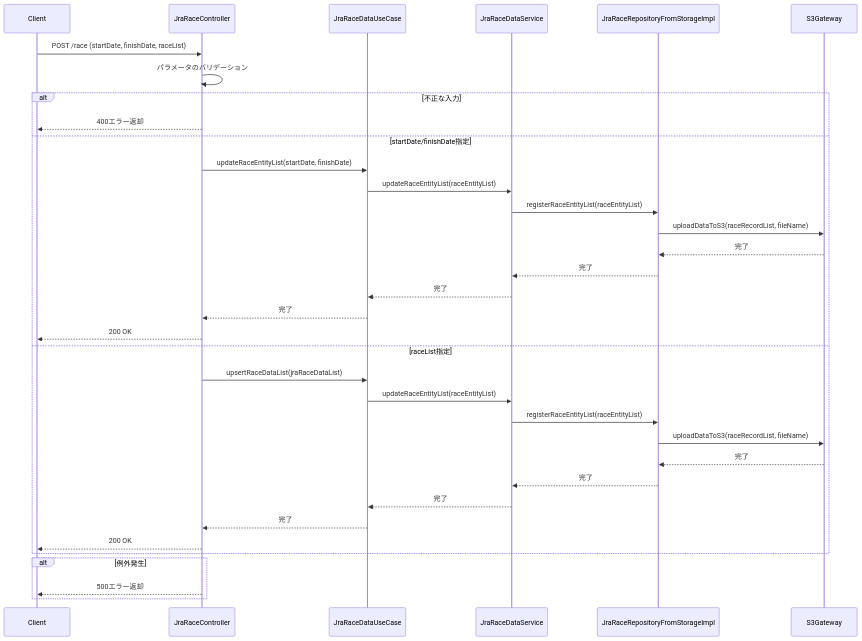
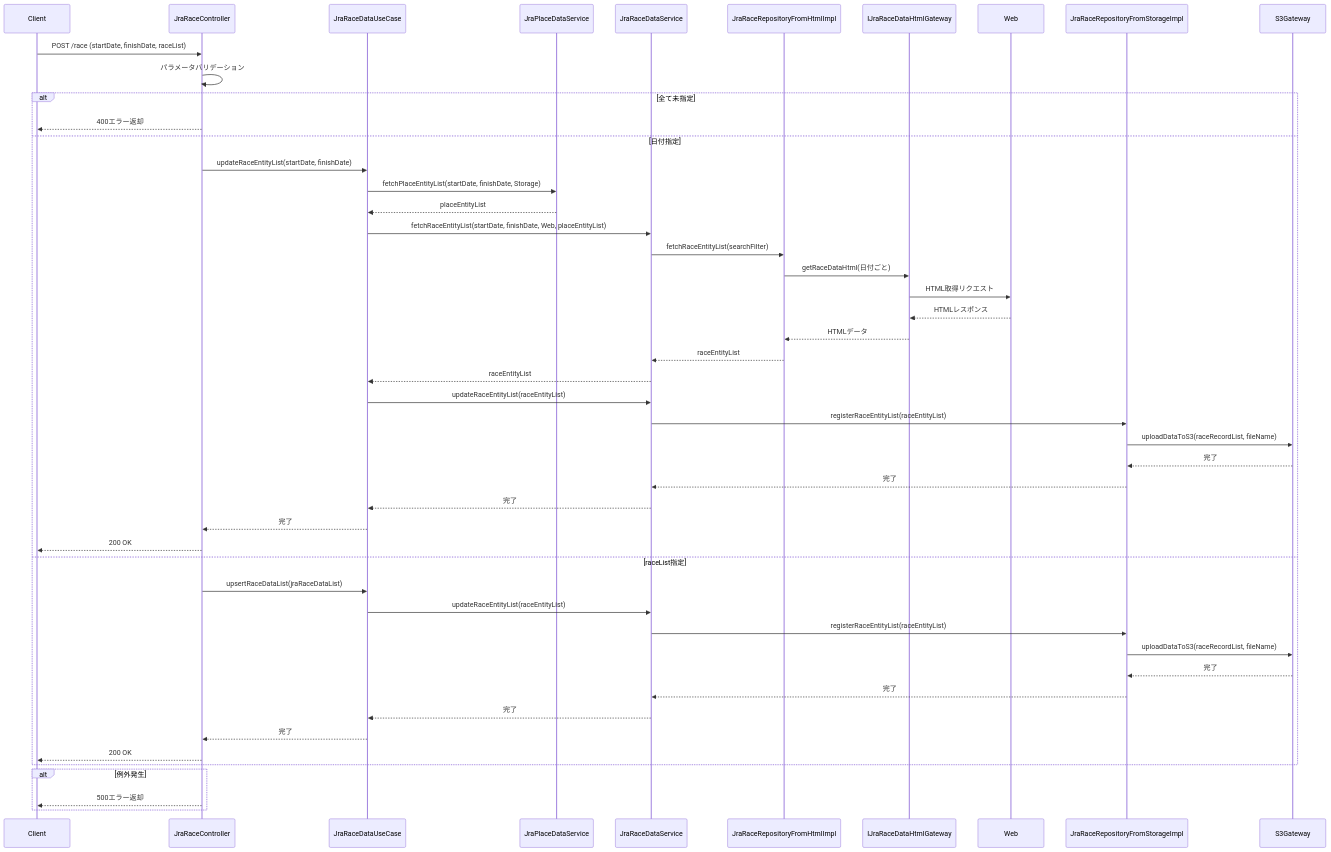
The diagram in document/detail-design/sequence/jra/updateRaceDataList.md (taichi6930/race-schedule-api), drawn with Mermaid before and after one commit. The commit also changed 2 other files, not shown here.

Commit message:
fix: updatePlaceDataListシーケンス図をデータ取得フローに関する詳細を追加 fix: updateRaceDataListシーケンス図にプレースデータ取得の流れを追加 fix: updateRacesToCalendarシーケンス図にレースデータ取得の詳細を追加

````diff
--- a/document/detail-design/sequence/jra/updateRaceDataList.md
+++ b/document/detail-design/sequence/jra/updateRaceDataList.md
@@ -3,38 +3,52 @@
 ```mermaid
 sequenceDiagram
     participant Client
     participant JraRaceController
     participant JraRaceDataUseCase
+    participant JraPlaceDataService
     participant JraRaceDataService
+    participant JraRaceRepositoryFromHtmlImpl
+    participant IJraRaceDataHtmlGateway
+    participant Web
     participant JraRaceRepositoryFromStorageImpl
     participant S3Gateway
 
     Client->>JraRaceController: POST /race (startDate, finishDate, raceList)
-    JraRaceController->>JraRaceController: パラメータのバリデーション
-    alt 不正な入力
+    JraRaceController->>JraRaceController: パラメータバリデーション
+    alt 全て未指定
         JraRaceController-->>Client: 400エラー返却
-    else startDate/finishDate指定
+    else 日付指定
         JraRaceController->>JraRaceDataUseCase: updateRaceEntityList(startDate, finishDate)
+        JraRaceDataUseCase->>JraPlaceDataService: fetchPlaceEntityList(startDate, finishDate, Storage)
+        JraPlaceDataService-->>JraRaceDataUseCase: placeEntityList
+        JraRaceDataUseCase->>JraRaceDataService: fetchRaceEntityList(startDate, finishDate, Web, placeEntityList)
+        JraRaceDataService->>JraRaceRepositoryFromHtmlImpl: fetchRaceEntityList(searchFilter)
+        JraRaceRepositoryFromHtmlImpl->>IJraRaceDataHtmlGateway: getRaceDataHtml(日付ごと)
+        IJraRaceDataHtmlGateway->>Web: HTML取得リクエスト
+        Web-->>IJraRaceDataHtmlGateway: HTMLレスポンス
+        IJraRaceDataHtmlGateway-->>JraRaceRepositoryFromHtmlImpl: HTMLデータ
+        JraRaceRepositoryFromHtmlImpl-->>JraRaceDataService: raceEntityList
+        JraRaceDataService-->>JraRaceDataUseCase: raceEntityList
         JraRaceDataUseCase->>JraRaceDataService: updateRaceEntityList(raceEntityList)
         JraRaceDataService->>JraRaceRepositoryFromStorageImpl: registerRaceEntityList(raceEntityList)
         JraRaceRepositoryFromStorageImpl->>S3Gateway: uploadDataToS3(raceRecordList, fileName)
         S3Gateway-->>JraRaceRepositoryFromStorageImpl: 完了
         JraRaceRepositoryFromStorageImpl-->>JraRaceDataService: 完了
         JraRaceDataService-->>JraRaceDataUseCase: 完了
         JraRaceDataUseCase-->>JraRaceController: 完了
         JraRaceController-->>Client: 200 OK
     else raceList指定
         JraRaceController->>JraRaceDataUseCase: upsertRaceDataList(jraRaceDataList)
         JraRaceDataUseCase->>JraRaceDataService: updateRaceEntityList(raceEntityList)
         JraRaceDataService->>JraRaceRepositoryFromStorageImpl: registerRaceEntityList(raceEntityList)
         JraRaceRepositoryFromStorageImpl->>S3Gateway: uploadDataToS3(raceRecordList, fileName)
         S3Gateway-->>JraRaceRepositoryFromStorageImpl: 完了
         JraRaceRepositoryFromStorageImpl-->>JraRaceDataService: 完了
         JraRaceDataService-->>JraRaceDataUseCase: 完了
         JraRaceDataUseCase-->>JraRaceController: 完了
         JraRaceController-->>Client: 200 OK
     end
     alt 例外発生
         JraRaceController-->>Client: 500エラー返却
     end
 ```
````
